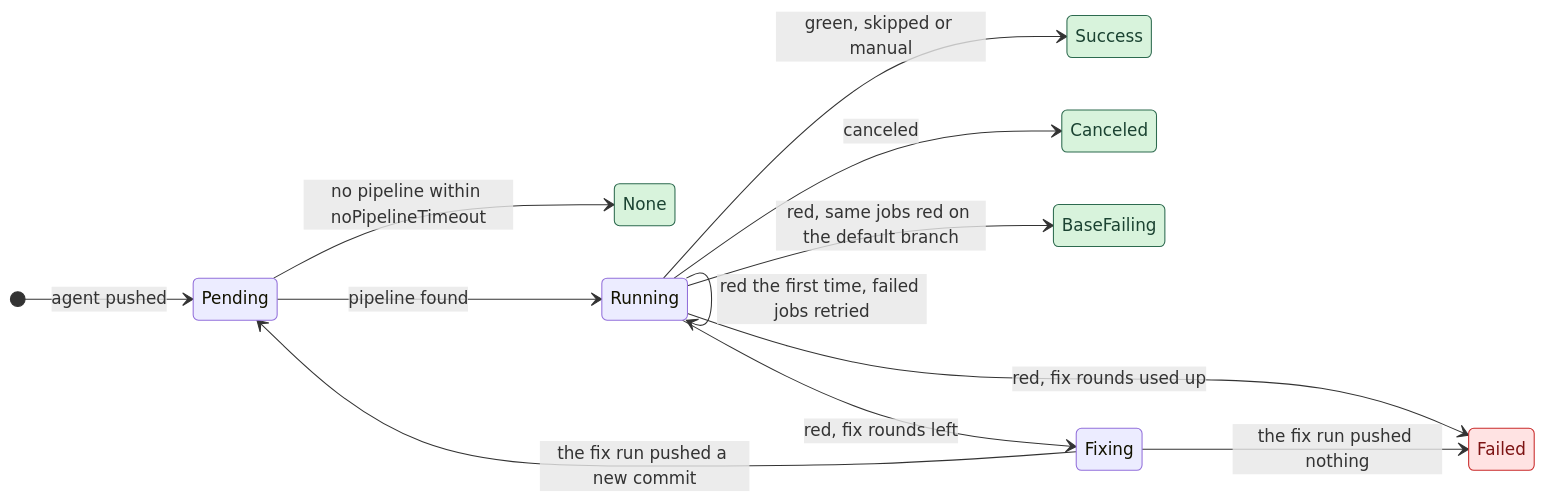
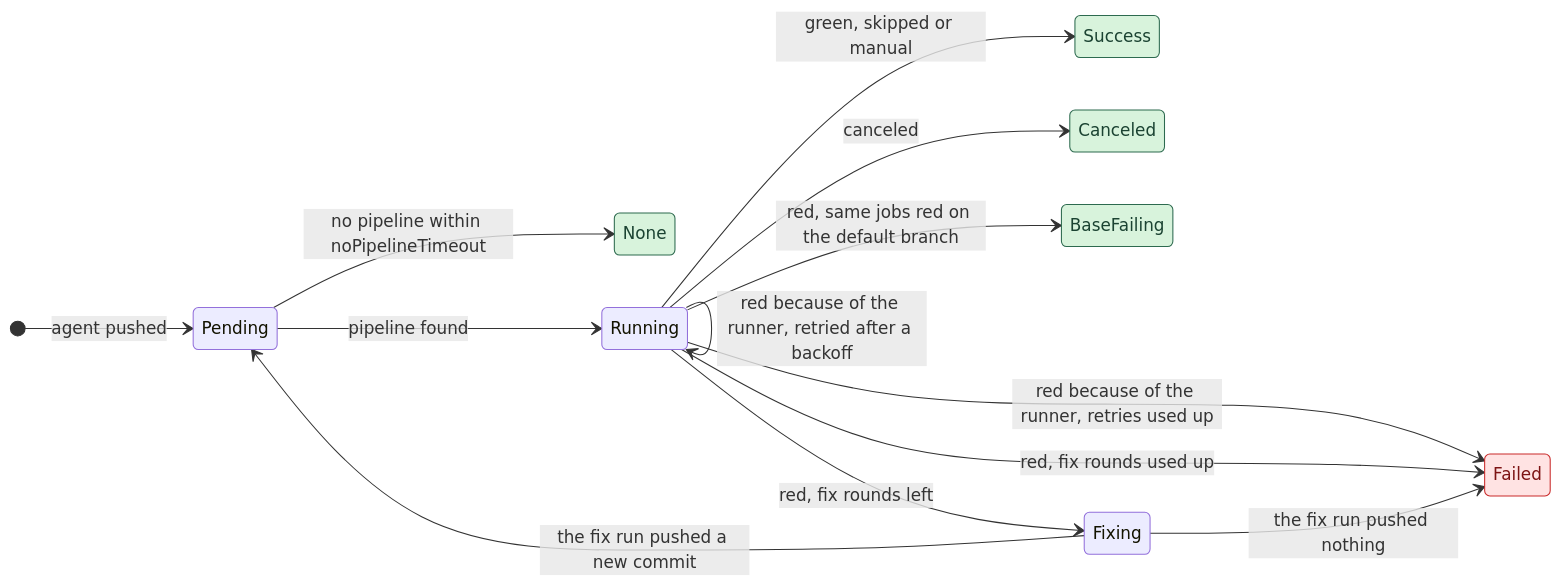
One commit to jonathanwiemers/ai-operator changed the sixth of 8 diagrams in docs/contributing/design.md. Above: the diagram before and after it, drawn with Mermaid. The commit also changed other lines of this file and 17 other files, not shown here.

Commit message:
Retry red pipelines that failed on the runner without using a fix round

````diff
--- a/docs/contributing/design.md
+++ b/docs/contributing/design.md
@@ -1848,20 +1855,22 @@
 ```mermaid
 stateDiagram-v2
     direction LR
     [*] --> Pending: agent pushed
     Pending --> None: no pipeline within noPipelineTimeout
     Pending --> Running: pipeline found
     Running --> Running: red the first time, failed jobs retried
+    Running --> Running: red because of the runner, retried after a backoff
+    Running --> Failed: red because of the runner, retries used up
     Running --> Success: green, skipped or manual
     Running --> Canceled: canceled
     Running --> BaseFailing: red, same jobs red on the default branch
     Running --> Fixing: red, fix rounds left
     Running --> Failed: red, fix rounds used up
     Fixing --> Pending: the fix run pushed a new commit
     Fixing --> Failed: the fix run pushed nothing
 
     classDef review fill:#d8f3dc,stroke:#2d6a4f,color:#1b4332
     classDef needsInput fill:#ffe3e3,stroke:#c92a2a,color:#7d1414
     class Success, None, Canceled, BaseFailing review
     class Failed needsInput
 ```
````
